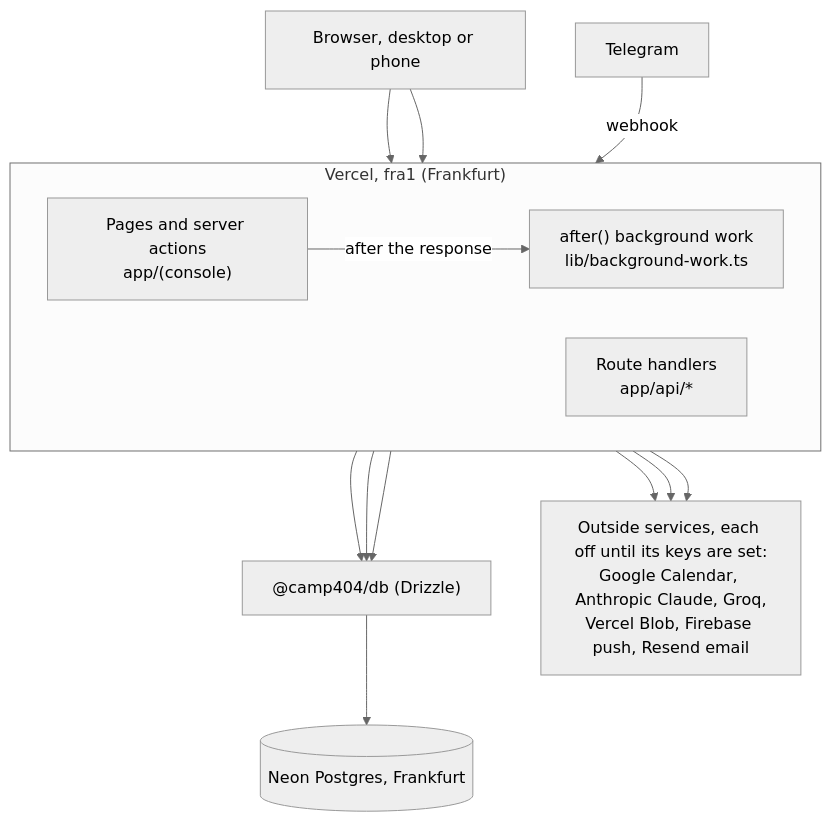
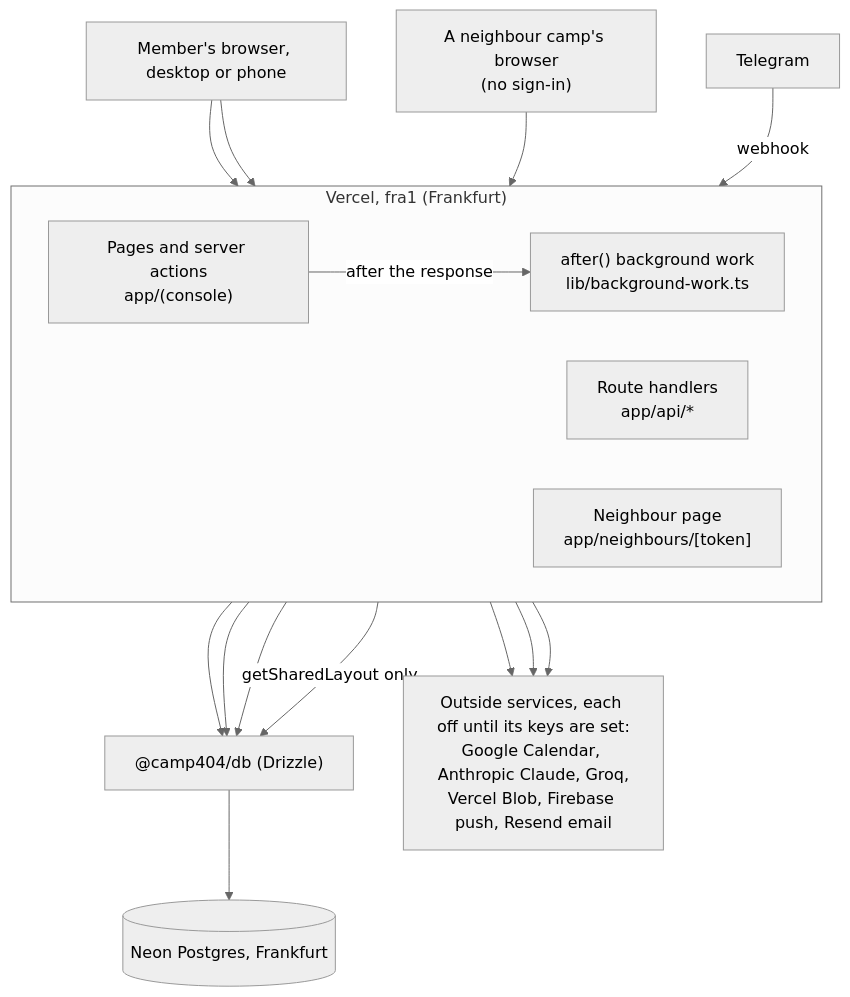
Before and after one commit to RyRy79261/camp-404: the first of 6 diagrams in docs/architecture.md, drawn with Mermaid (neutral theme). The commit also changed other lines of this file and 8 other files, not shown here.

Commit message:
docs: cover inventory, lounge, camp layout and the neighbour page, and the ruleset's one check and merge methods

````diff
--- a/docs/architecture.md
+++ b/docs/architecture.md
@@ -15,20 +17,24 @@
 ```mermaid
 flowchart TB
-  browser["Browser, desktop or phone"]
+  browser["Member's browser, desktop or phone"]
+  neighbour["A neighbour camp's browser<br/>(no sign-in)"]
   tg["Telegram"]
   subgraph vercel["Vercel, fra1 (Frankfurt)"]
     direction LR
     pages["Pages and server actions<br/>app/(console)"]
     after["after() background work<br/>lib/background-work.ts"]
     routes["Route handlers<br/>app/api/*"]
+    shared["Neighbour page<br/>app/neighbours/[token]"]
     pages -- after the response --> after
   end
   db["@camp404/db (Drizzle)"]
   neon[("Neon Postgres, Frankfurt")]
   outside["Outside services, each off until its keys are set:<br/>Google Calendar, Anthropic Claude, Groq,<br/>Vercel Blob, Firebase push, Resend email"]
   browser --> pages & routes
+  neighbour --> shared
   tg -- webhook --> routes
   pages & after & routes --> db
+  shared -- "getSharedLayout only" --> db
   db --> neon
   pages & after & routes --> outside
 ```
````
